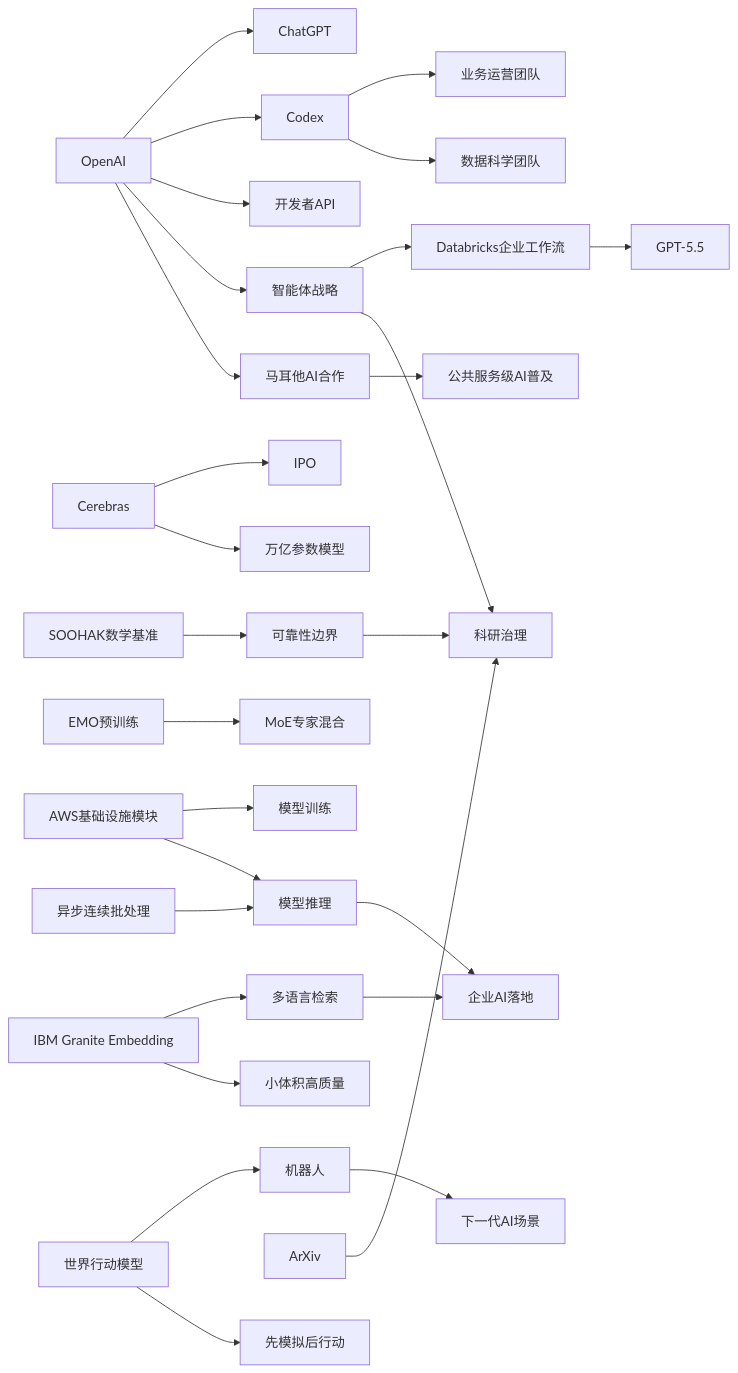
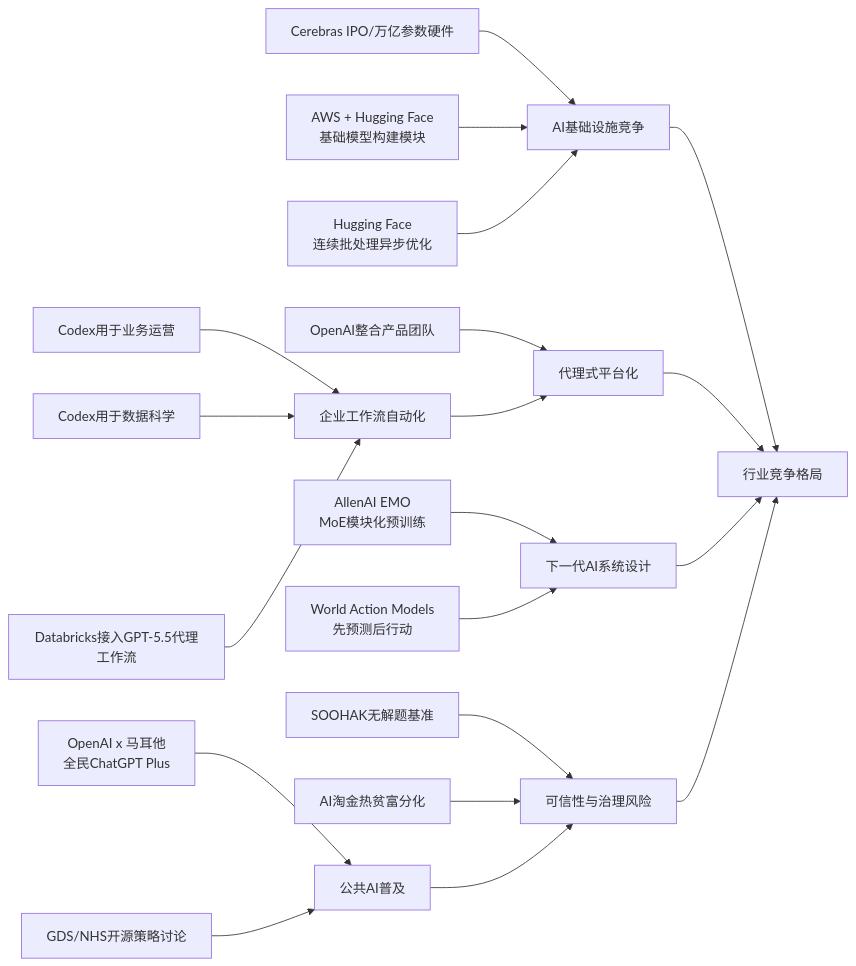
Before and after one commit to zhuxinfei/ai-daily-site: the diagram in content/cn/2026/2026-05/2026-05-17.md, drawn with Mermaid. The commit also changed other lines of this file, not shown here.

````diff
--- a/content/cn/2026/2026-05/2026-05-17.md
+++ b/content/cn/2026/2026-05/2026-05-17.md
@@ -106,35 +129,26 @@
 ```mermaid
 graph LR
-    OpenAI[OpenAI] --> ChatGPT[ChatGPT]
-    OpenAI --> Codex[Codex]
-    OpenAI --> API[开发者API]
-    OpenAI --> Agent[智能体战略]
-    OpenAI --> Malta[马耳他AI合作]
+    Cerebras[Cerebras IPO/万亿参数硬件] --> Infra[AI基础设施竞争]
+    AWSHF[AWS + Hugging Face<br/>基础模型构建模块] --> Infra
+    HFAsync[Hugging Face<br/>连续批处理异步优化] --> Infra
 
-    Codex --> BizOps[业务运营团队]
-    Codex --> DataSci[数据科学团队]
-    Agent --> Databricks[Databricks企业工作流]
-    Databricks --> GPT55[GPT-5.5]
+    OpenAICodexOps[Codex用于业务运营] --> Workflow[企业工作流自动化]
+    OpenAICodexDS[Codex用于数据科学] --> Workflow
+    Databricks[Databricks接入GPT-5.5代理工作流] --> Workflow
+    OpenAIOrg[OpenAI整合产品团队] --> Agentic[代理式平台化]
+    Workflow --> Agentic
 
-    Cerebras[Cerebras] --> IPO[IPO]
-    Cerebras --> Trillion[万亿参数模型]
-    AWS[AWS基础设施模块] --> Training[模型训练]
-    AWS --> Inference[模型推理]
-    AsyncBatch[异步连续批处理] --> Inference
+    EMO[AllenAI EMO<br/>MoE模块化预训练] --> NextGen[下一代AI系统设计]
+    WAM[World Action Models<br/>先预测后行动] --> NextGen
 
-    EMO[EMO预训练] --> MoE[MoE专家混合]
-    IBM[IBM Granite Embedding] --> Retrieval[多语言检索]
-    IBM --> SmallModel[小体积高质量]
-    WAM[世界行动模型] --> Robotics[机器人]
-    WAM --> Simulation[先模拟后行动]
+    SOOHAK[SOOHAK无解题基准] --> Risk[可信性与治理风险]
+    GoldRush[AI淘金热贫富分化] --> Risk
+    Malta[OpenAI x 马耳他<br/>全民ChatGPT Plus] --> PublicAI[公共AI普及]
+    NHS[GDS/NHS开源策略讨论] --> PublicAI
+    PublicAI --> Risk
 
-    ArXiv[ArXiv] --> Governance[科研治理]
-    SOOHAK[SOOHAK数学基准] --> Reliability[可靠性边界]
-    Malta --> PublicAI[公共服务级AI普及]
-
-    Agent --> Governance
-    Reliability --> Governance
-    Inference --> EnterpriseAI[企业AI落地]
-    Retrieval --> EnterpriseAI
-    Robotics --> FutureAI[下一代AI场景]
+    Infra --> Market[行业竞争格局]
+    Agentic --> Market
+    NextGen --> Market
+    Risk --> Market
 ```
````
